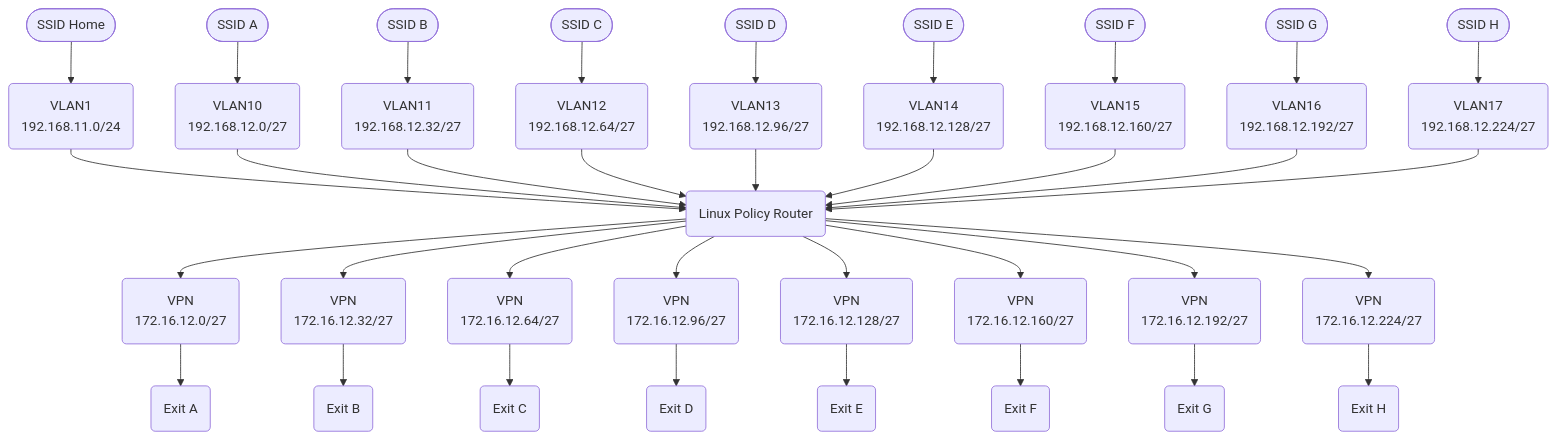
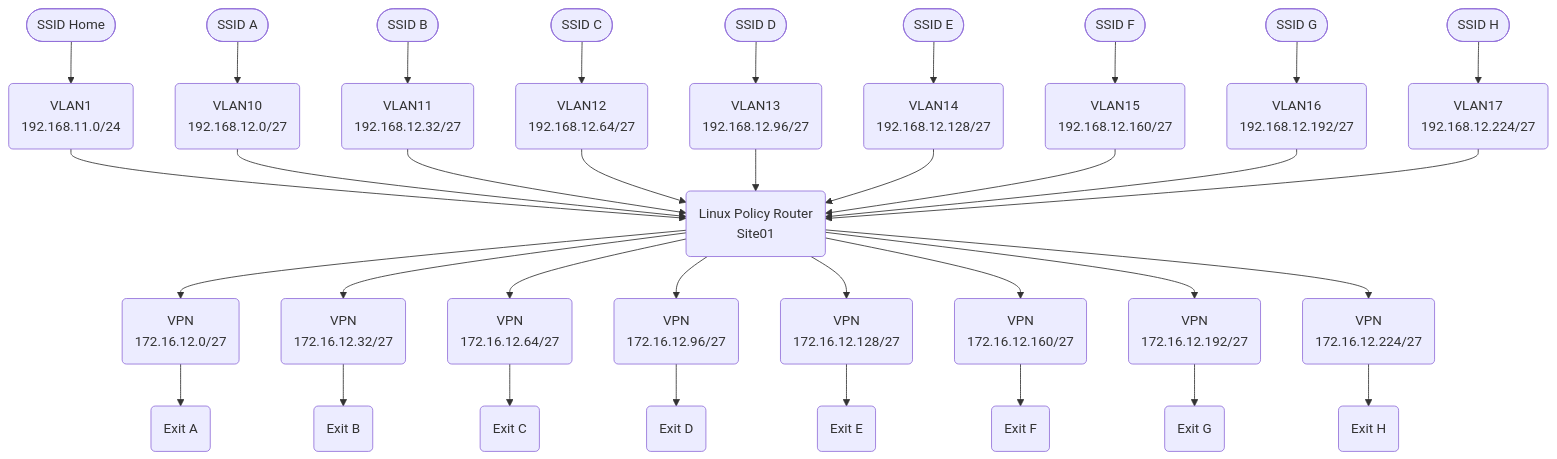
One commit to timothyclarke/linux-vpn-router changed the first of 3 diagrams in README.md. Above: the diagram before and after it, drawn with Mermaid. The commit also changed other lines of this file, not shown here.

````diff
--- a/README.md
+++ b/README.md
@@ -32,12 +32,12 @@
 ```mermaid
 graph TD;
- 001([SSID Home]) --> 002(VLAN1<br/>192.168.11.0/24) --> PBR(Linux Policy Router)
+ 001([SSID Home]) --> 002(VLAN1<br/>192.168.11.0/24) --> PBR(Linux Policy Router<br/>Site01)
  A01([SSID A]) --> A02(VLAN10<br/>192.168.12.0/27)   --> PBR --> A04(VPN<br/>172.16.12.0/27)   --> A05(Exit A)
  B01([SSID B]) --> B02(VLAN11<br/>192.168.12.32/27)  --> PBR --> B04(VPN<br/>172.16.12.32/27)  --> B05(Exit B)
  C01([SSID C]) --> C02(VLAN12<br/>192.168.12.64/27)  --> PBR --> C04(VPN<br/>172.16.12.64/27)  --> C05(Exit C)
  D01([SSID D]) --> D02(VLAN13<br/>192.168.12.96/27)  --> PBR --> D04(VPN<br/>172.16.12.96/27)  --> D05(Exit D)
  E01([SSID E]) --> E02(VLAN14<br/>192.168.12.128/27) --> PBR --> E04(VPN<br/>172.16.12.128/27) --> E05(Exit E)
  F01([SSID F]) --> F02(VLAN15<br/>192.168.12.160/27) --> PBR --> F04(VPN<br/>172.16.12.160/27) --> F05(Exit F)
  G01([SSID G]) --> G02(VLAN16<br/>192.168.12.192/27) --> PBR --> G04(VPN<br/>172.16.12.192/27) --> G05(Exit G)
  H01([SSID H]) --> H02(VLAN17<br/>192.168.12.224/27) --> PBR --> H04(VPN<br/>172.16.12.224/27) --> H05(Exit H)
 ```
````
